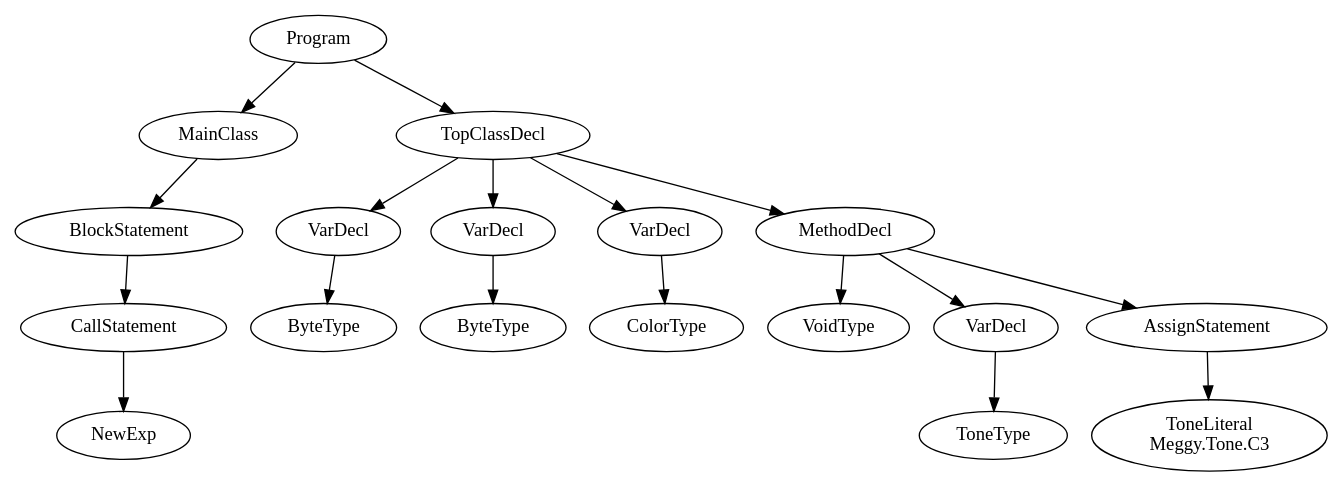
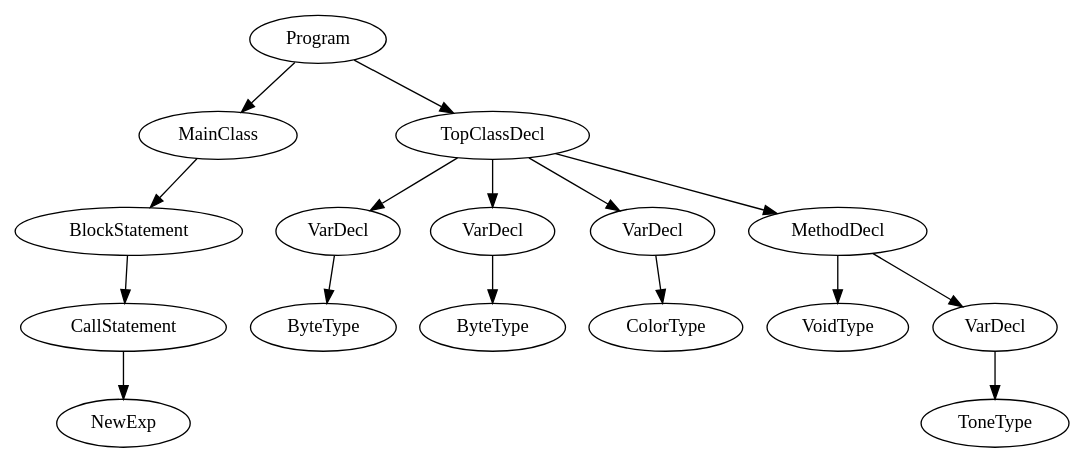
Before and after one commit to Ajith20/MeggyJava-compiler: the diagram in PA5/PA5movedot.java.ast.dot, drawn with Graphviz. The commit also changed 9 other files, not shown here.

```diff
--- a/PA5/PA5movedot.java.ast.dot
+++ b/PA5/PA5movedot.java.ast.dot
@@ -1,37 +1,33 @@
 digraph ASTGraph {
 0 [ label="Program" ];
 1 [ label="MainClass" ];
 0 -> 1
 2 [ label="BlockStatement" ];
 1 -> 2
 3 [ label="CallStatement" ];
 2 -> 3
 4 [ label="NewExp" ];
 3 -> 4
 5 [ label="TopClassDecl" ];
 0 -> 5
 6 [ label="VarDecl" ];
 5 -> 6
 7 [ label="ByteType" ];
 6 -> 7
 8 [ label="VarDecl" ];
 5 -> 8
 9 [ label="ByteType" ];
 8 -> 9
 10 [ label="VarDecl" ];
 5 -> 10
 11 [ label="ColorType" ];
 10 -> 11
 12 [ label="MethodDecl" ];
 5 -> 12
 13 [ label="VoidType" ];
 12 -> 13
 14 [ label="VarDecl" ];
 12 -> 14
 15 [ label="ToneType" ];
 14 -> 15
-16 [ label="AssignStatement" ];
-12 -> 16
-17 [ label="ToneLiteral\nMeggy.Tone.C3" ];
-16 -> 17
 }
```
